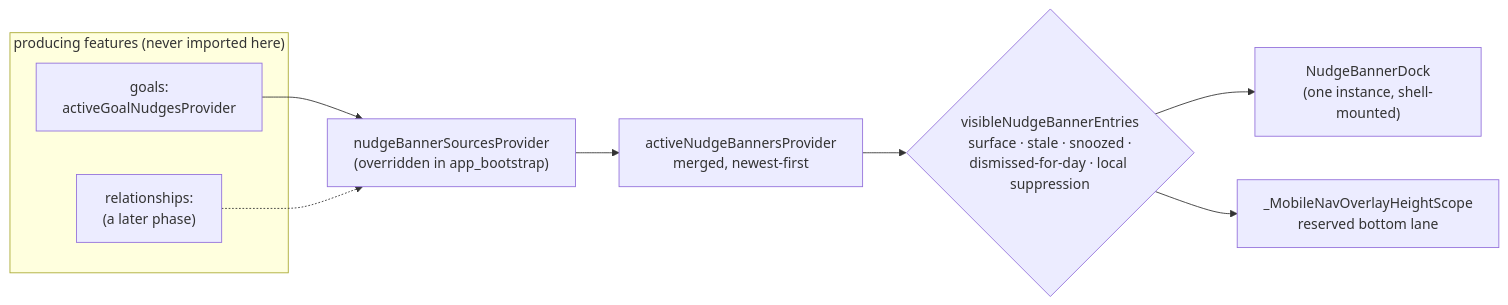
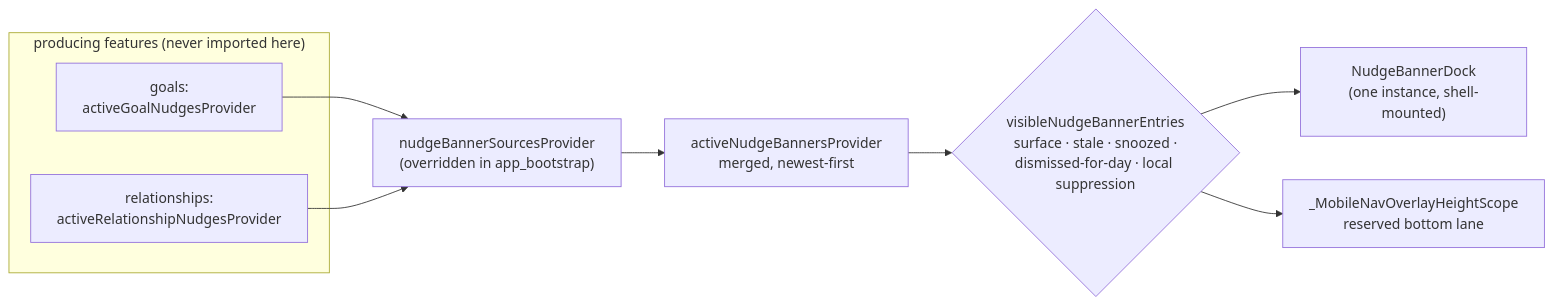
One commit to matthiasn/lotti changed the first of 2 diagrams in knowledge/features/nudges.md. Above: the diagram before and after it, drawn with Mermaid. The commit also changed other lines of this file and 110 other files, not shown here.

Commit message:
feat: relationship agent LLM tier — briefing, banner, chat (plan v2 phase 5)

````diff
--- a/knowledge/features/nudges.md
+++ b/knowledge/features/nudges.md
@@ -78,14 +78,14 @@
 ```mermaid
 flowchart LR
   subgraph producers["producing features (never imported here)"]
     G["goals:<br/>activeGoalNudgesProvider"]
-    R["relationships:<br/>(a later phase)"]
+    R["relationships:<br/>activeRelationshipNudgesProvider"]
   end
   G --> REG
-  R -.-> REG
+  R --> REG
   REG["nudgeBannerSourcesProvider<br/>(overridden in app_bootstrap)"] --> MERGE
   MERGE["activeNudgeBannersProvider<br/>merged, newest-first"] --> VIS
   VIS{"visibleNudgeBannerEntries<br/>surface · stale · snoozed ·<br/>dismissed-for-day · local suppression"}
   VIS --> DOCK["NudgeBannerDock<br/>(one instance, shell-mounted)"]
   VIS --> LANE["_MobileNavOverlayHeightScope<br/>reserved bottom lane"]
 ```
````
